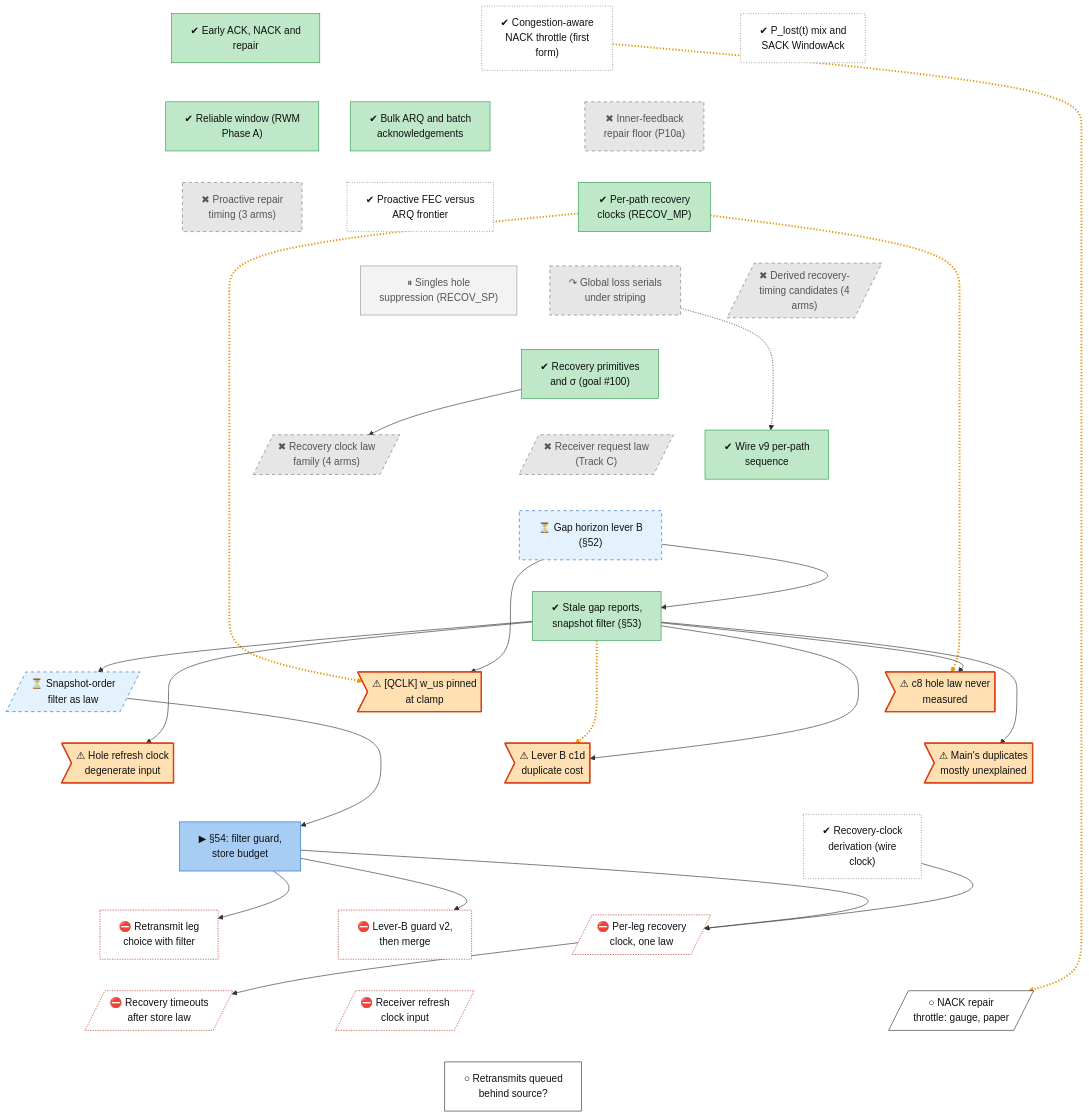
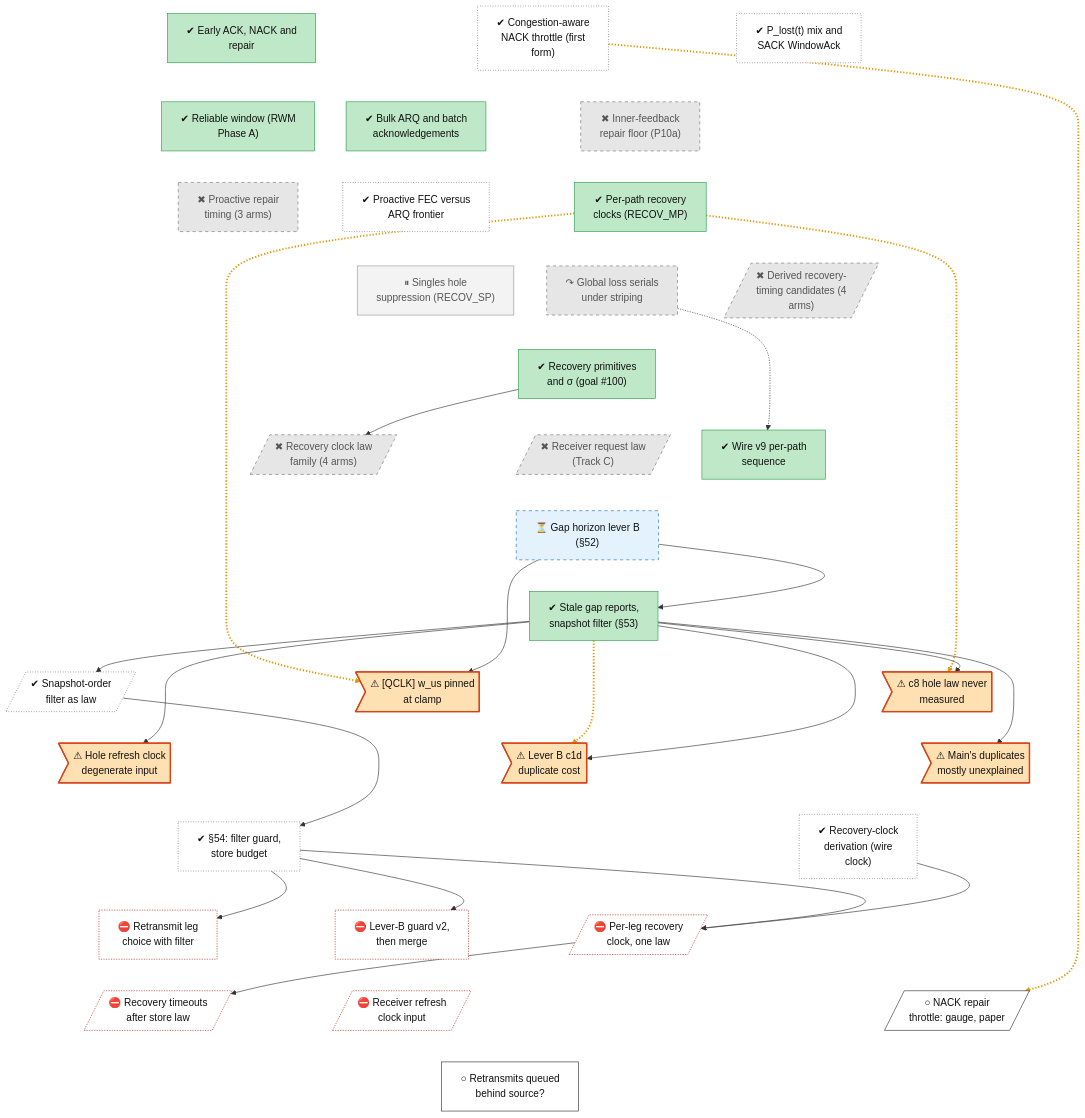
Before and after one commit to lhns/raptorpath: the diagram in docs/roadmap/tracks/rec.md, drawn with Mermaid. The commit also changed other lines of this file and 13 other files, not shown here.

Commit message:
status §54 Result, launch 2 (store-budget block, reported only): H-elastic, falsifier 2 fires - a smaller store pool alone clears the old holes (tail 4.3 -> 0.12 s, in-order delay 4.4 -> 0.38 s, RTT 198 -> 96 ms); erratum on hn_n; tree: §54 and the law done

````diff
--- a/docs/roadmap/tracks/rec.md
+++ b/docs/roadmap/tracks/rec.md
@@ -27,13 +27,13 @@
     rec_wire_v9["✔ Wire v9 per-path<br/>sequence"]
     rec_gap_horizon["⏳ Gap horizon lever B<br/>(#167;52)"]
     rec_snapver_filter["✔ Stale gap reports,<br/>snapshot filter (#167;53)"]
-    rec_snapver_law[/"⏳ Snapshot-order<br/>filter as law"/]
+    rec_snapver_law[/"✔ Snapshot-order<br/>filter as law"/]
     rec_defect_qclk_clamp>"⚠ #91;QCLK#93; w_us pinned<br/>at clamp"]
     rec_defect_hole_law>"⚠ c8 hole law never<br/>measured"]
     rec_defect_refresh_input>"⚠ Hole refresh clock<br/>degenerate input"]
     rec_leverb_c1d_cost>"⚠ Lever B c1d<br/>duplicate cost"]
     rec_defect_base_duplicates>"⚠ Main's duplicates<br/>mostly unexplained"]
-    rec_s54_session["▶ #167;54: filter guard,<br/>store budget"]
+    rec_s54_session["✔ #167;54: filter guard,<br/>store budget"]
     rec_wire_clock_derivation["✔ Recovery-clock<br/>derivation (wire<br/>clock)"]
     rec_w0_leg_question["⛔ Retransmit leg<br/>choice with filter"]
     rec_leverb_guard["⛔ Lever-B guard v2,<br/>then merge"]
@@ -113,12 +113,11 @@
     classDef defect fill:#ffe0b2,stroke:#d84315,stroke-width:2px,color:#111
     classDef waiting fill:#e3f2fd,stroke:#1f6fc5,stroke-dasharray:5 5,color:#111
     class rec_early_arq,rec_bulk_arq,rec_reliable_window,rec_per_path_clocks,rec_goal100,rec_wire_v9,rec_snapver_filter succ
-    class rec_nack_congestion,rec_plost_sack,rec_fec_vs_arq,rec_wire_clock_derivation unrated
+    class rec_nack_congestion,rec_plost_sack,rec_fec_vs_arq,rec_snapver_law,rec_s54_session,rec_wire_clock_derivation unrated
     class rec_p10a_repair_floor,rec_proactive_repair,rec_mp_serial,rec_clock_candidates,rec_goal101,rec_receiver_law dead
     class rec_recov_sp parked
-    class rec_gap_horizon,rec_snapver_law waiting
+    class rec_gap_horizon waiting
     class rec_defect_qclk_clamp,rec_defect_hole_law,rec_defect_refresh_input,rec_leverb_c1d_cost,rec_defect_base_duplicates defect
-    class rec_s54_session inprog
     class rec_w0_leg_question,rec_leverb_guard,rec_fix_perleg_clock_n1,rec_recovery_timeouts,rec_fix_refresh_clock blocked
     class rec_fix_nack_throttle,rec_retx_behind_source next
 ```
````
